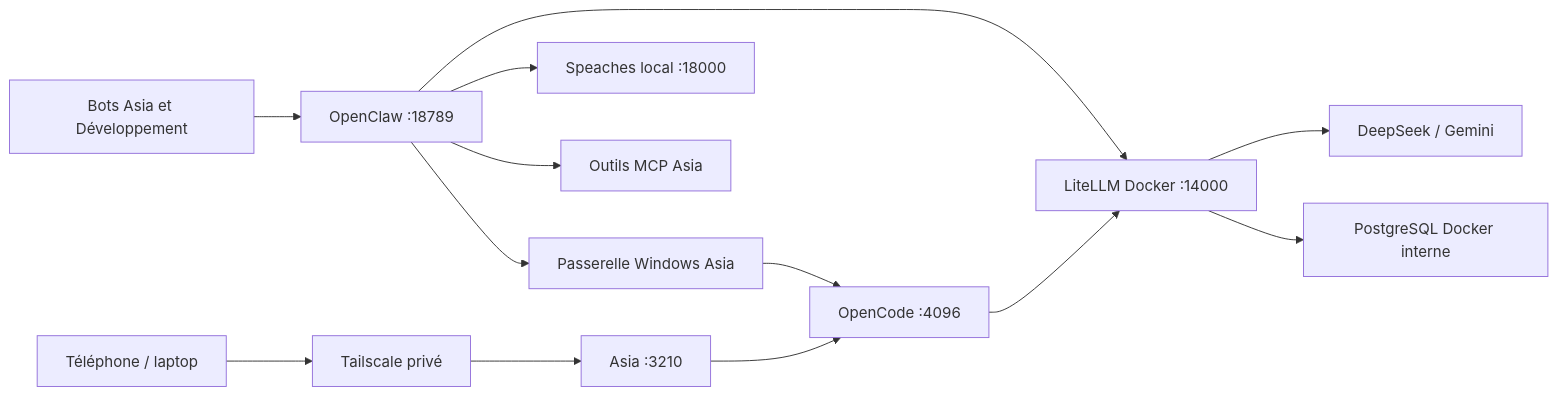
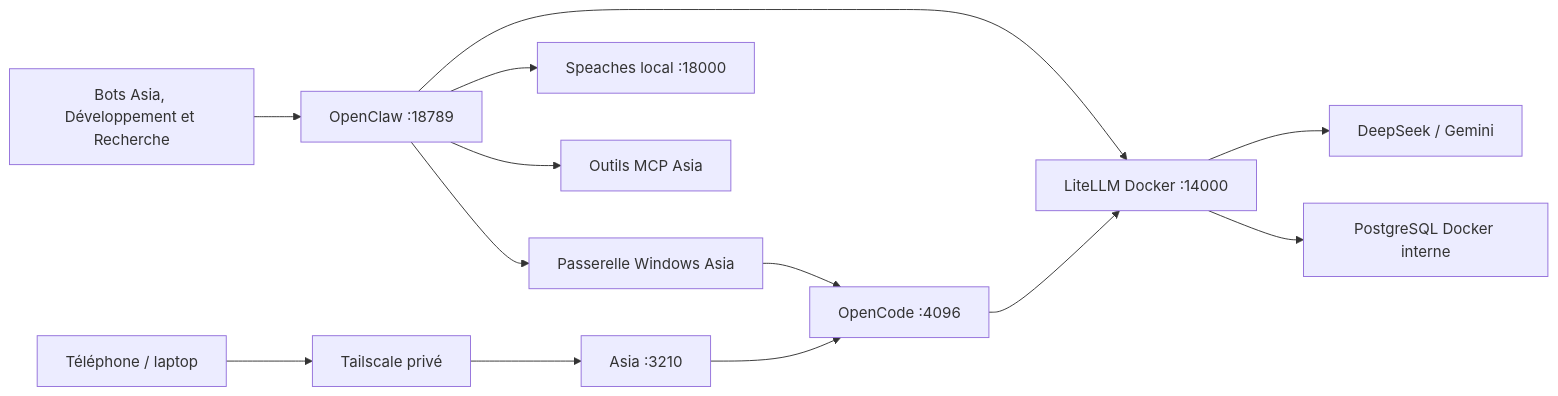
Before and after one commit to Abdourahmandev/Platforme_agentique: the diagram in README.md, drawn with Mermaid. The commit also changed other lines of this file and 11 other files, not shown here.

````diff
--- a/README.md
+++ b/README.md
@@ -9,15 +9,15 @@
 ```mermaid
 flowchart LR
     Browser[Téléphone / laptop] --> Tailscale[Tailscale privé]
     Tailscale --> Asia[Asia :3210]
-    Telegram[Bots Asia et Développement] --> Claw[OpenClaw :18789]
+    Telegram[Bots Asia, Développement et Recherche] --> Claw[OpenClaw :18789]
     Claw --> Speech[Speaches local :18000]
     Claw --> MCP[Outils MCP Asia]
     Claw --> LiteLLM[LiteLLM Docker :14000]
     Claw --> Bridge[Passerelle Windows Asia]
     Bridge --> OpenCode
     Asia --> OpenCode[OpenCode :4096]
     OpenCode --> LiteLLM
     LiteLLM --> Providers[DeepSeek / Gemini]
     LiteLLM --> PostgreSQL[PostgreSQL Docker interne]
 ```
````
